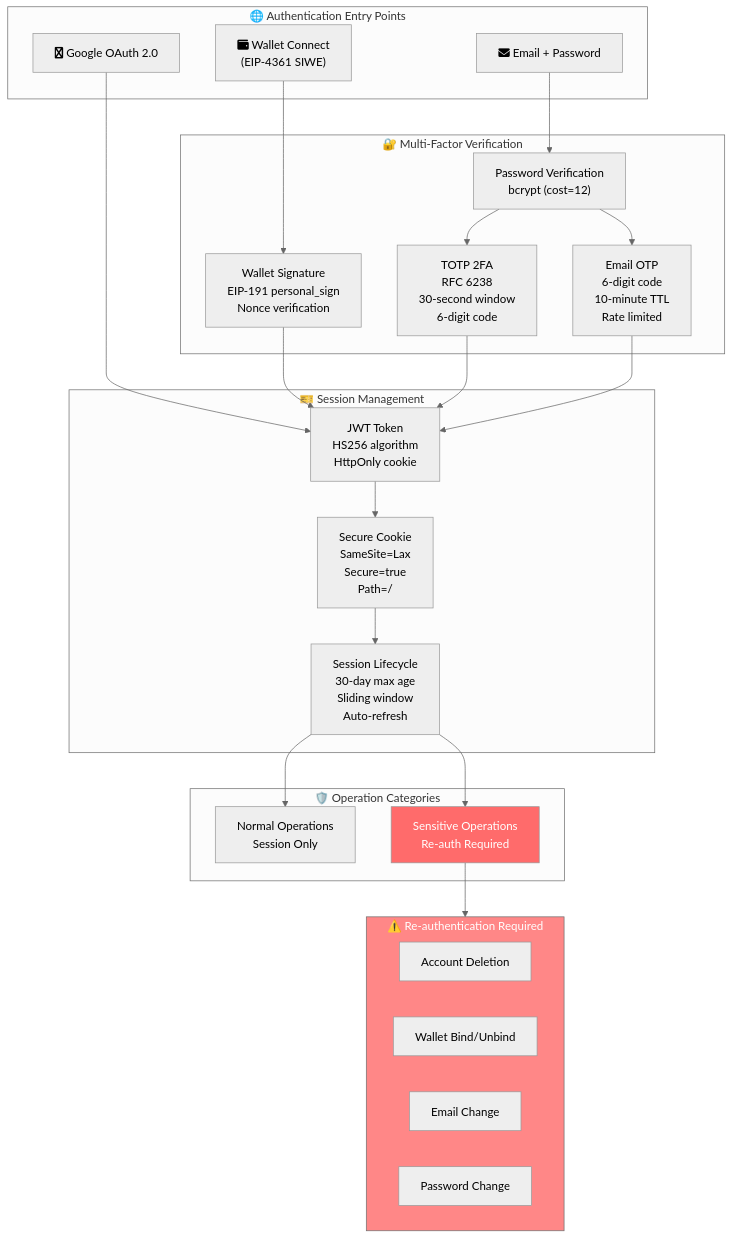
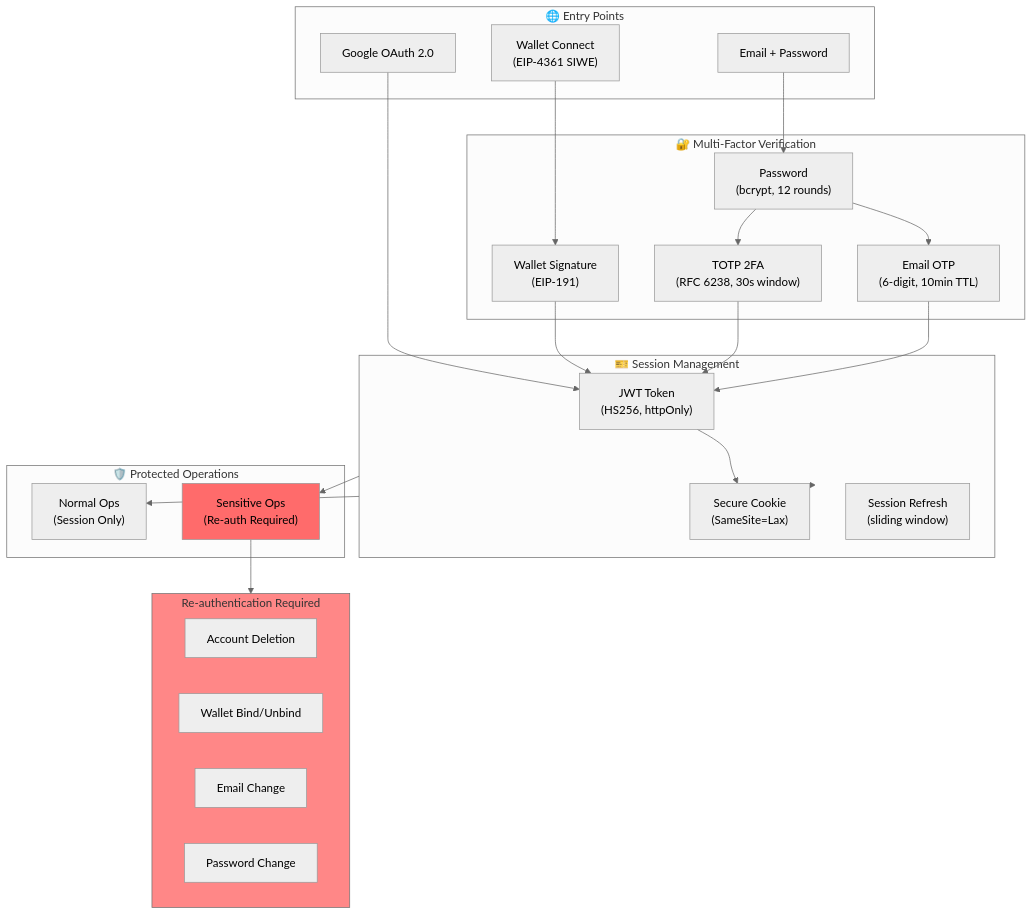
The second of 4 diagrams in docs/ARCHITECTURE.md (sirath-network/BarzakhAI), drawn with Mermaid (neutral theme) before and after one commit. The commit also changed other lines of this file and 4 other files, not shown here.

````diff
--- a/docs/ARCHITECTURE.md
+++ b/docs/ARCHITECTURE.md
@@ -186,53 +233,48 @@
 ```mermaid
 flowchart TB
-    subgraph Entry["🌐 Authentication Entry Points"]
-        Email["fa:fa-envelope Email + Password"]
-        Google["fa:fa-google Google OAuth 2.0"]
-        Wallet["fa:fa-wallet Wallet Connect<br/>(EIP-4361 SIWE)"]
+    subgraph Entry["🌐 Entry Points"]
+        Email["Email + Password"]
+        Google["Google OAuth 2.0"]
+        Wallet["Wallet Connect<br/>(EIP-4361 SIWE)"]
     end
 
     subgraph Verification["🔐 Multi-Factor Verification"]
-        Password["Password Verification<br/>bcrypt (cost=12)"]
-        TOTP["TOTP 2FA<br/>RFC 6238<br/>30-second window<br/>6-digit code"]
-        EmailOTP["Email OTP<br/>6-digit code<br/>10-minute TTL<br/>Rate limited"]
-        WalletSig["Wallet Signature<br/>EIP-191 personal_sign<br/>Nonce verification"]
+        Password["Password<br/>(bcrypt, 12 rounds)"]
+        TOTP["TOTP 2FA<br/>(RFC 6238, 30s window)"]
+        EmailOTP["Email OTP<br/>(6-digit, 10min TTL)"]
+        WalletSig["Wallet Signature<br/>(EIP-191)"]
     end
 
     subgraph Session["🎫 Session Management"]
-        JWT["JWT Token<br/>HS256 algorithm<br/>HttpOnly cookie"]
-        Cookie["Secure Cookie<br/>SameSite=Lax<br/>Secure=true<br/>Path=/"]
-        Refresh["Session Lifecycle<br/>30-day max age<br/>Sliding window<br/>Auto-refresh"]
+        JWT["JWT Token<br/>(HS256, httpOnly)"]
+        Cookie["Secure Cookie<br/>(SameSite=Lax)"]
+        Refresh["Session Refresh<br/>(sliding window)"]
     end
 
-    subgraph Operations["🛡️ Operation Categories"]
-        Normal["Normal Operations<br/>Session Only"]
-        Sensitive["Sensitive Operations<br/>Re-auth Required"]
+    subgraph Protected["🛡️ Protected Operations"]
+        Normal["Normal Ops<br/>(Session Only)"]
+        Sensitive["Sensitive Ops<br/>(Re-auth Required)"]
     end
 
-    subgraph SensitiveOps["⚠️ Re-authentication Required"]
+    subgraph SensitiveOps["Re-authentication Required"]
         Delete["Account Deletion"]
         WalletBind["Wallet Bind/Unbind"]
         EmailChange["Email Change"]
         PasswordChange["Password Change"]
     end
 
-    Email --> Password
-    Password --> TOTP
+    Email --> Password --> TOTP
+    Google --> JWT
+    Wallet --> WalletSig --> JWT
     Password --> EmailOTP
-    
-    Google --> JWT
-    
-    Wallet --> WalletSig --> JWT
     
     TOTP --> JWT
     EmailOTP --> JWT
     
-    JWT --> Cookie
-    Cookie --> Refresh
-    Refresh --> Normal
-    Refresh --> Sensitive
-    Sensitive --> SensitiveOps
+    JWT --> Cookie --> Session
+    Session --> Normal
+    Session --> Sensitive --> SensitiveOps
 
-    style Sensitive fill:#ff6b6b,color:#fff
-    style SensitiveOps fill:#ff8787,color:#fff
+    style Sensitive fill:#ff6b6b
+    style SensitiveOps fill:#ff8787
 ```
````
